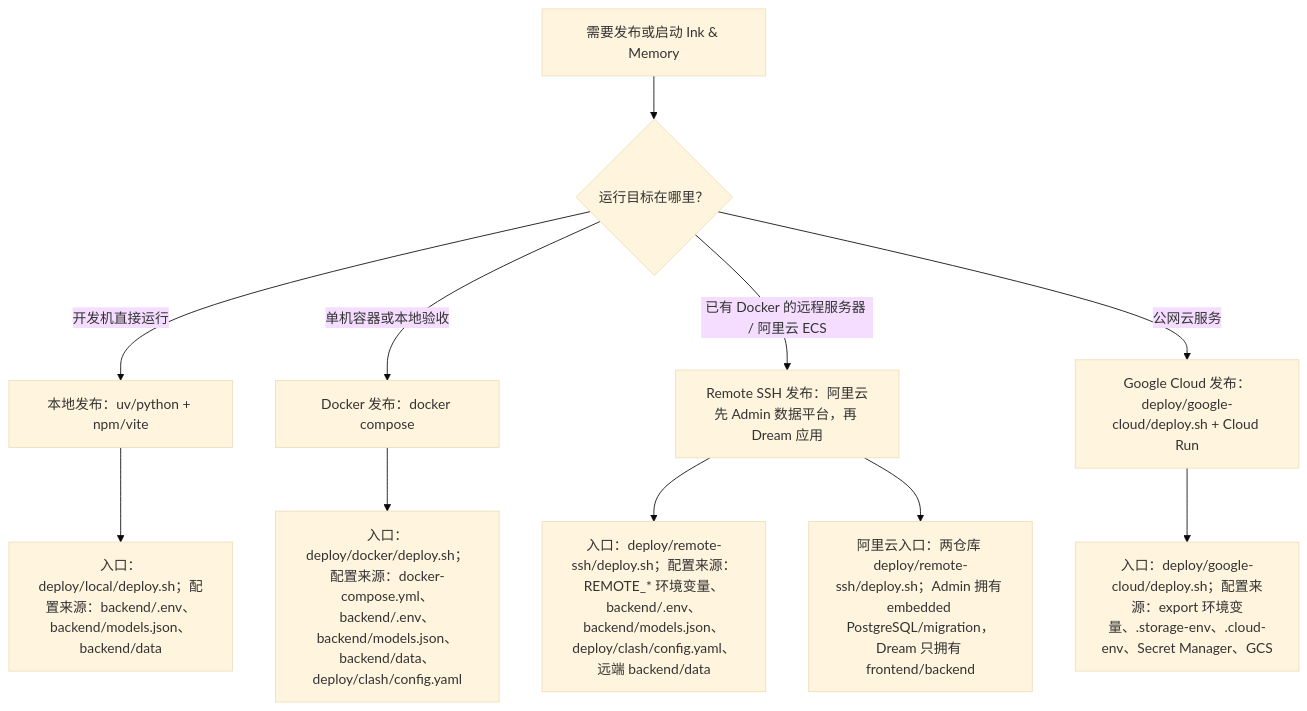
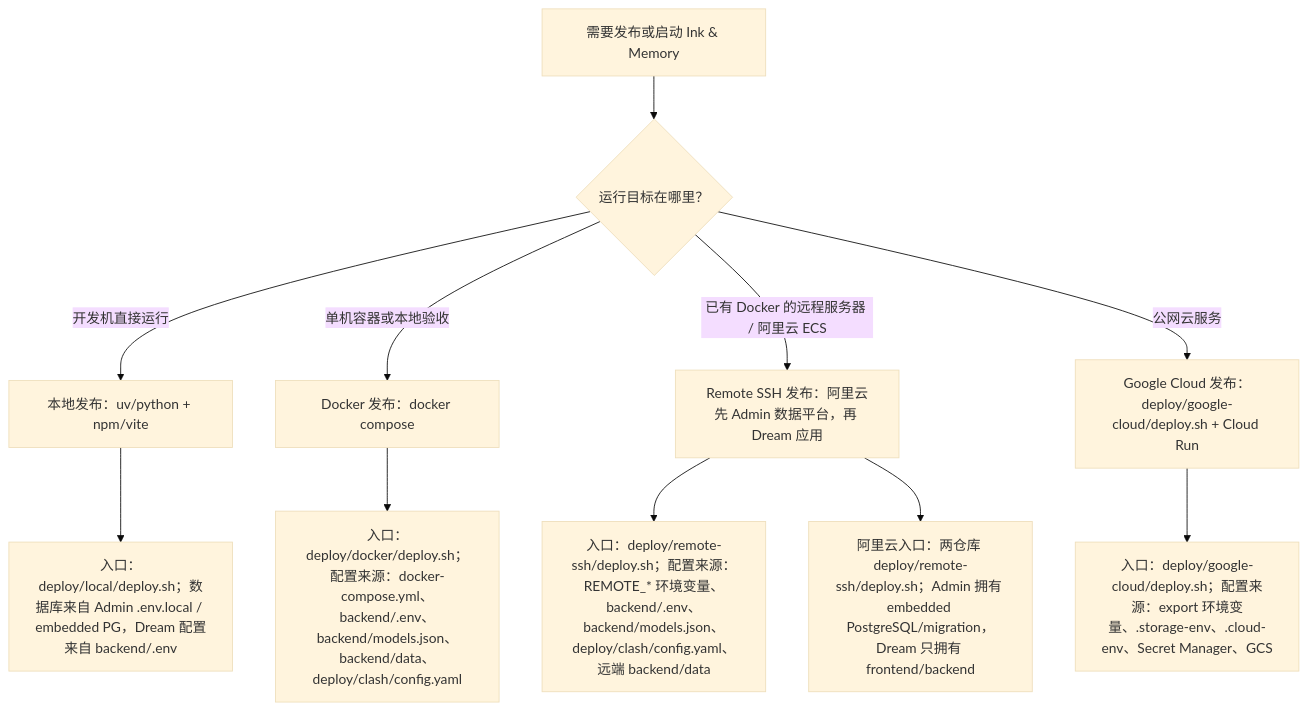
The diagram in docs/deploy/README.md (glide-the/im-dream), drawn with Mermaid (base theme) before and after one commit. The commit also changed other lines of this file and 12 other files, not shown here.

Commit message:
fix: follow admin embedded postgres locally

````diff
--- a/docs/deploy/README.md
+++ b/docs/deploy/README.md
@@ -45,13 +45,13 @@
 ```mermaid
 flowchart TD
   A["需要发布或启动 Ink & Memory"] --> B{"运行目标在哪里？"}
   B -->|"开发机直接运行"| C["本地发布：uv/python + npm/vite"]
   B -->|"单机容器或本地验收"| D["Docker 发布：docker compose"]
   B -->|"已有 Docker 的远程服务器 / 阿里云 ECS"| R["Remote SSH 发布：阿里云先 Admin 数据平台，再 Dream 应用"]
   B -->|"公网云服务"| E["Google Cloud 发布：deploy/google-cloud/deploy.sh + Cloud Run"]
-  C --> F["入口：deploy/local/deploy.sh；配置来源：backend/.env、backend/models.json、backend/data"]
+  C --> F["入口：deploy/local/deploy.sh；数据库来自 Admin .env.local / embedded PG，Dream 配置来自 backend/.env"]
   D --> G["入口：deploy/docker/deploy.sh；配置来源：docker-compose.yml、backend/.env、backend/models.json、backend/data、deploy/clash/config.yaml"]
   R --> I["入口：deploy/remote-ssh/deploy.sh；配置来源：REMOTE_* 环境变量、backend/.env、backend/models.json、deploy/clash/config.yaml、远端 backend/data"]
   R --> J["阿里云入口：两仓库 deploy/remote-ssh/deploy.sh；Admin 拥有 embedded PostgreSQL/migration，Dream 只拥有 frontend/backend"]
   E --> H["入口：deploy/google-cloud/deploy.sh；配置来源：export 环境变量、.storage-env、.cloud-env、Secret Manager、GCS"]
 ```
````
